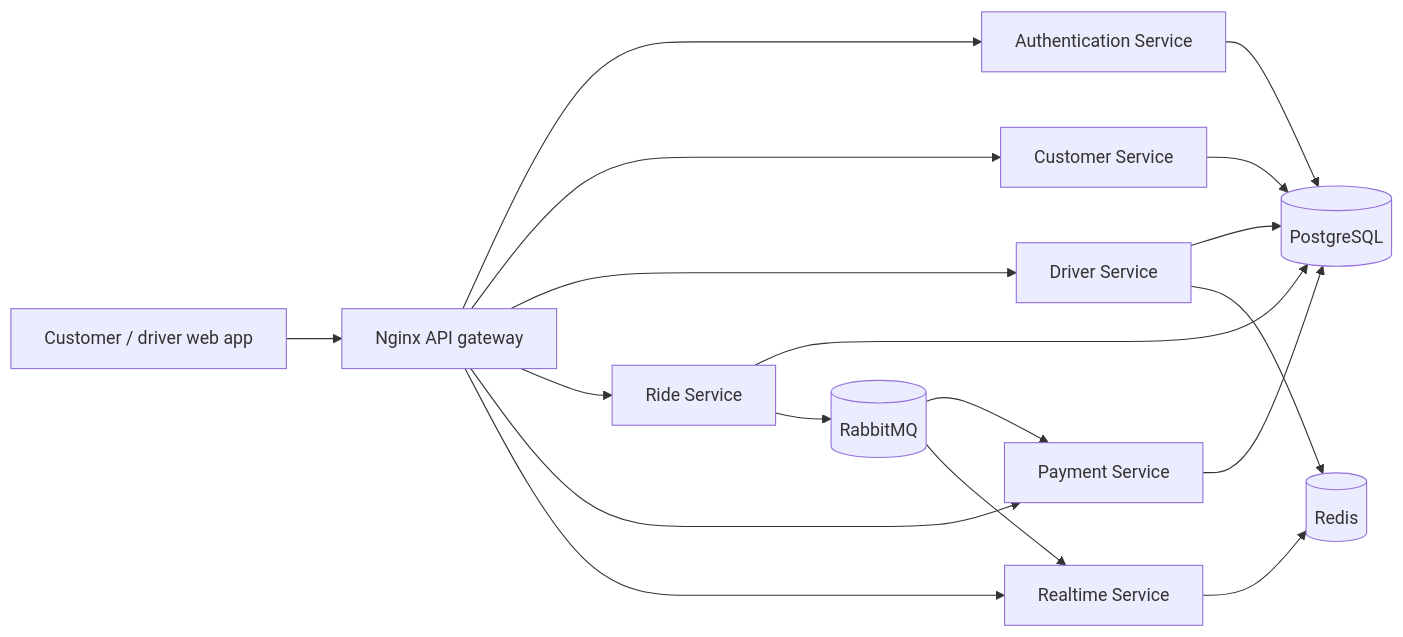
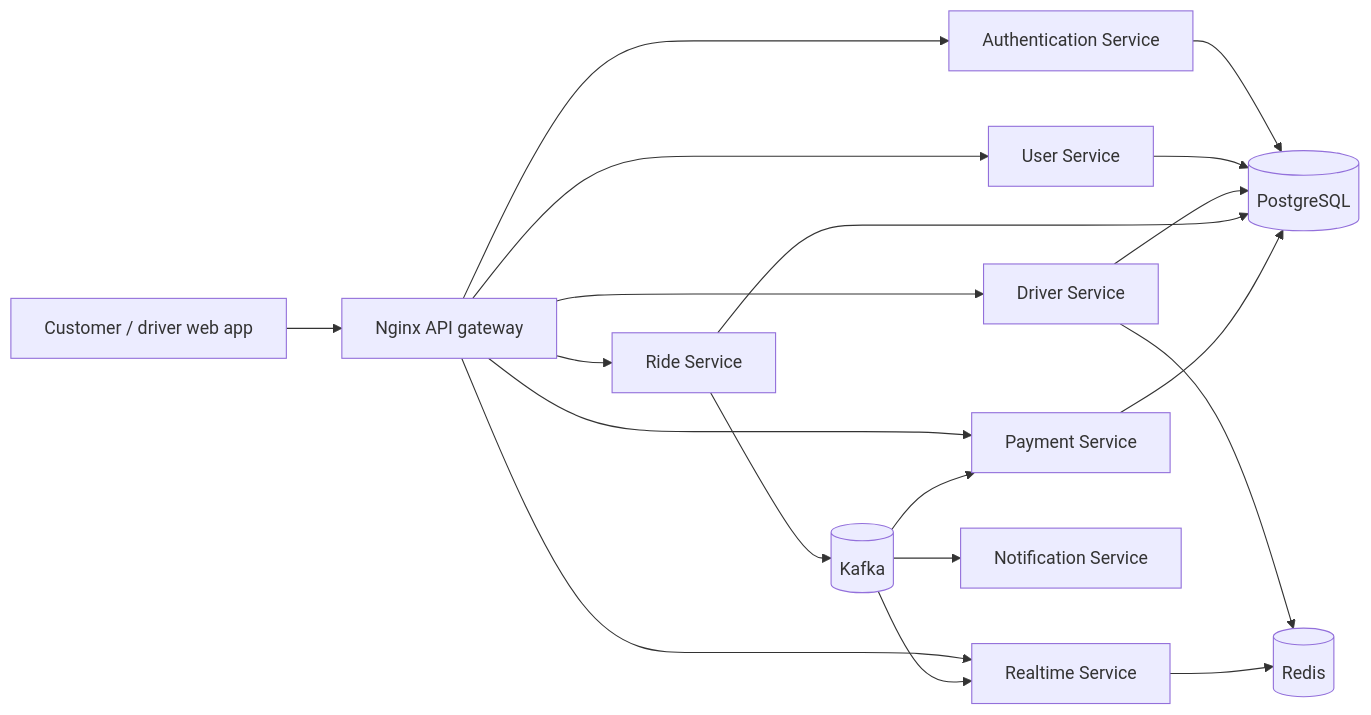
The diagram in docs/architecture.md (ikjhgkunal-del/uber-clone), drawn with Mermaid before and after one commit. The commit also changed other lines of this file and 112 other files, not shown here.

Commit message:
refactor: align backend layout and add notification Kafka

````diff
--- a/docs/architecture.md
+++ b/docs/architecture.md
@@ -5,20 +5,21 @@
 ```mermaid
 flowchart LR
     Browser[Customer / driver web app] --> Nginx[Nginx API gateway]
     Nginx --> Auth[Authentication Service]
-    Nginx --> Customer[Customer Service]
+    Nginx --> User[User Service]
     Nginx --> Driver[Driver Service]
     Nginx --> Ride[Ride Service]
     Nginx --> Payment[Payment Service]
     Nginx --> Realtime[Realtime Service]
     Auth --> PG[(PostgreSQL)]
-    Customer --> PG
+    User --> PG
     Driver --> PG
     Ride --> PG
     Payment --> PG
     Driver --> Redis[(Redis)]
     Realtime --> Redis
-    Ride --> Broker[(RabbitMQ)]
-    Broker --> Payment
-    Broker --> Realtime
+    Ride --> Kafka[(Kafka)]
+    Kafka --> Payment
+    Kafka --> Realtime
+    Kafka --> Notify[Notification Service]
 ```
````
